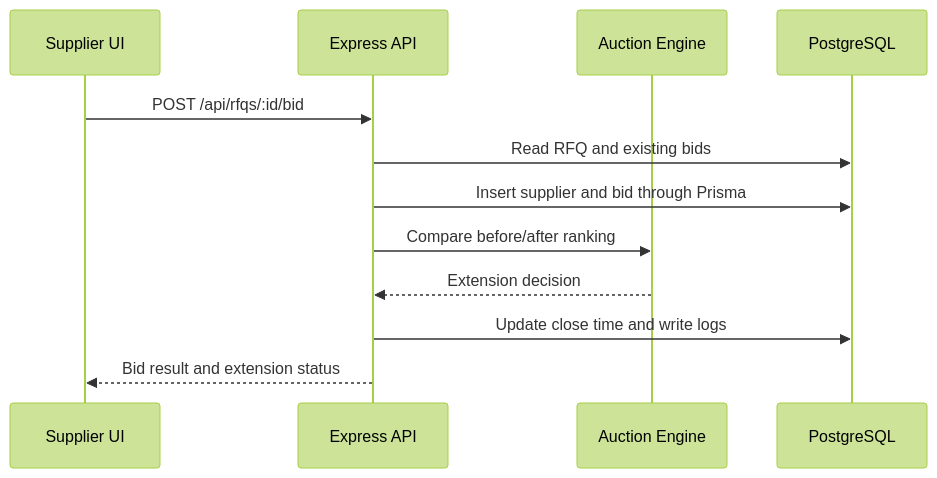
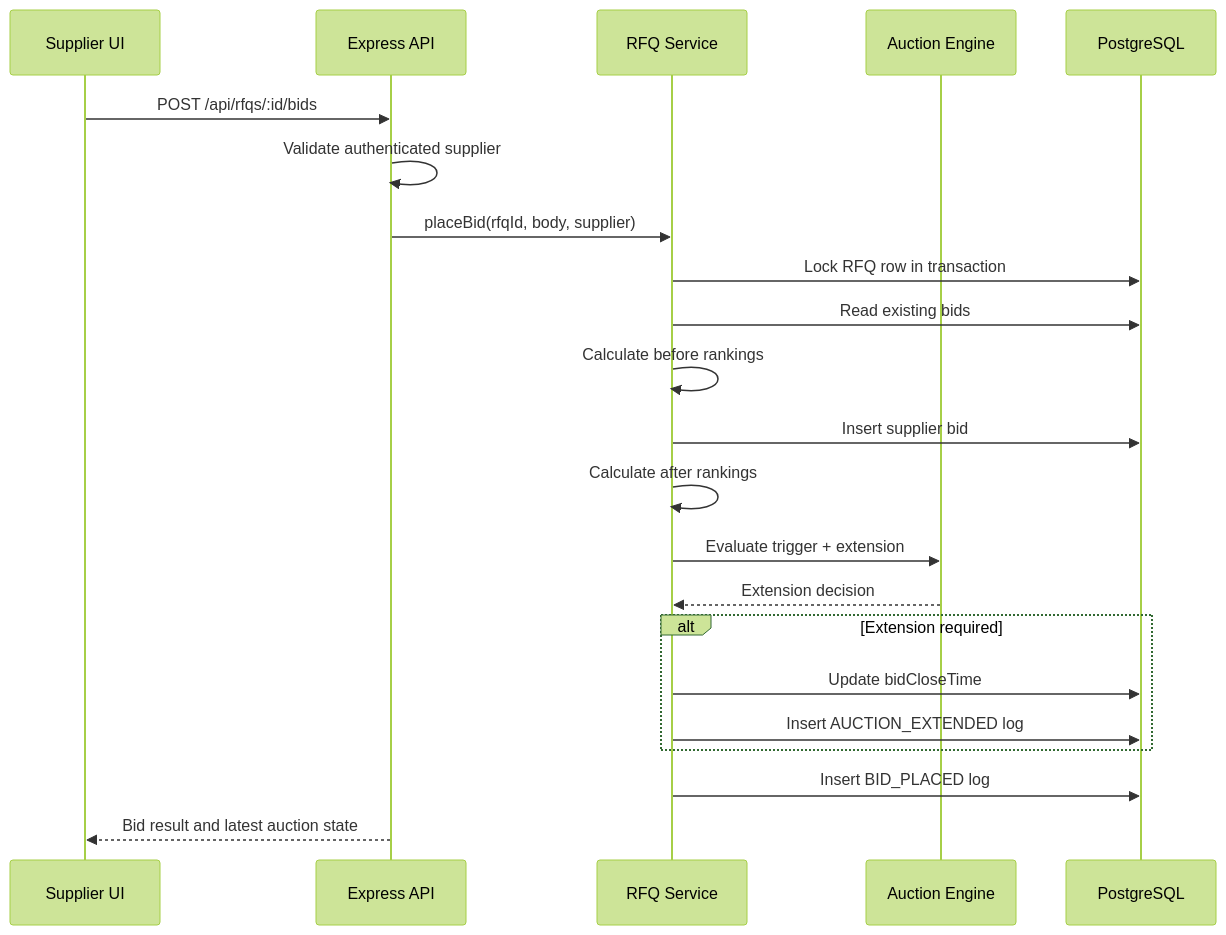
The third of 4 diagrams in docs/HLD.md (anujsoni3/British-Auction-System), drawn with Mermaid (forest theme) before and after one commit. The commit also changed other lines of this file and 6 other files, not shown here.

````diff
--- a/docs/HLD.md
+++ b/docs/HLD.md
@@ -27,15 +67,25 @@
 ```mermaid
 sequenceDiagram
-  participant S as Supplier UI
-  participant A as Express API
-  participant E as Auction Engine
-  participant D as PostgreSQL
+  participant Supplier as Supplier UI
+  participant API as Express API
+  participant Service as RFQ Service
+  participant Engine as Auction Engine
+  participant DB as PostgreSQL
 
-  S->>A: POST /api/rfqs/:id/bid
-  A->>D: Read RFQ and existing bids
-  A->>D: Insert supplier and bid through Prisma
-  A->>E: Compare before/after ranking
-  E-->>A: Extension decision
-  A->>D: Update close time and write logs
-  A-->>S: Bid result and extension status
+  Supplier->>API: POST /api/rfqs/:id/bids
+  API->>API: Validate authenticated supplier
+  API->>Service: placeBid(rfqId, body, supplier)
+  Service->>DB: Lock RFQ row in transaction
+  Service->>DB: Read existing bids
+  Service->>Service: Calculate before rankings
+  Service->>DB: Insert supplier bid
+  Service->>Service: Calculate after rankings
+  Service->>Engine: Evaluate trigger + extension
+  Engine-->>Service: Extension decision
+  alt Extension required
+    Service->>DB: Update bidCloseTime
+    Service->>DB: Insert AUCTION_EXTENDED log
+  end
+  Service->>DB: Insert BID_PLACED log
+  API-->>Supplier: Bid result and latest auction state
 ```
````
